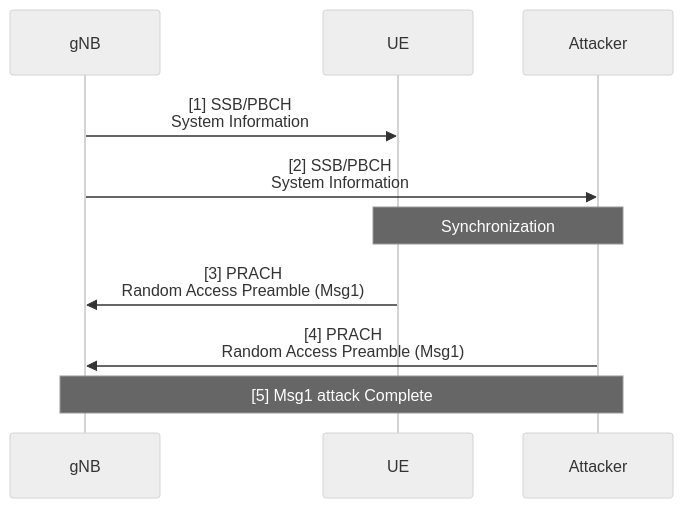
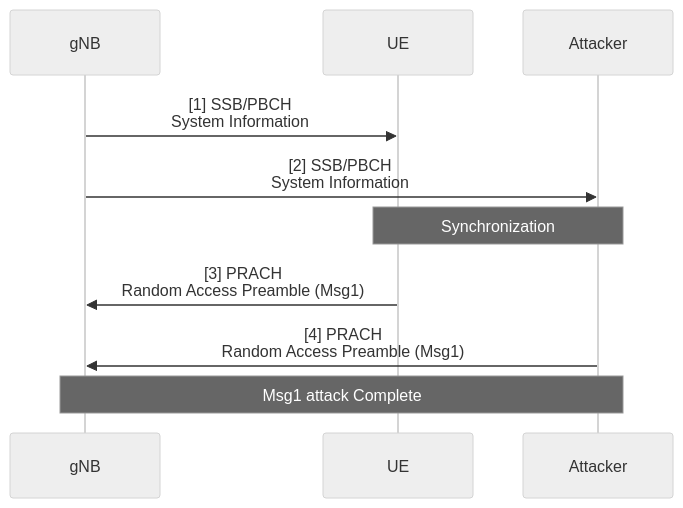
The second of 3 diagrams in docs/20250307 Thesis (Random Access Procedure and Attack).md (bmw-ece-ntust/wilfrid-prach-attack-analysis), drawn with Mermaid (neutral theme) before and after one commit. The commit also changed other lines of this file, not shown here.

Commit message:
Update 20250307 Thesis (Random Access Procedure and Attack).md

````diff
--- a/docs/20250307 Thesis (Random Access Procedure and Attack).md
+++ b/docs/20250307 Thesis (Random Access Procedure and Attack).md
@@ -73,9 +73,9 @@
 ```mermaid
 sequenceDiagram
     gNB->>UE: [1] SSB/PBCH<br/>System Information
     gNB->>Attacker: [2] SSB/PBCH<br/>System Information
     Note over UE,Attacker: Synchronization
     UE->>gNB: [3] PRACH<br/>Random Access Preamble (Msg1)
     Attacker->>gNB: [4] PRACH<br/>Random Access Preamble (Msg1)
-    Note over gNB,Attacker: [5] Msg1 attack Complete
+    Note over gNB,Attacker: Msg1 attack Complete
 ```
````
